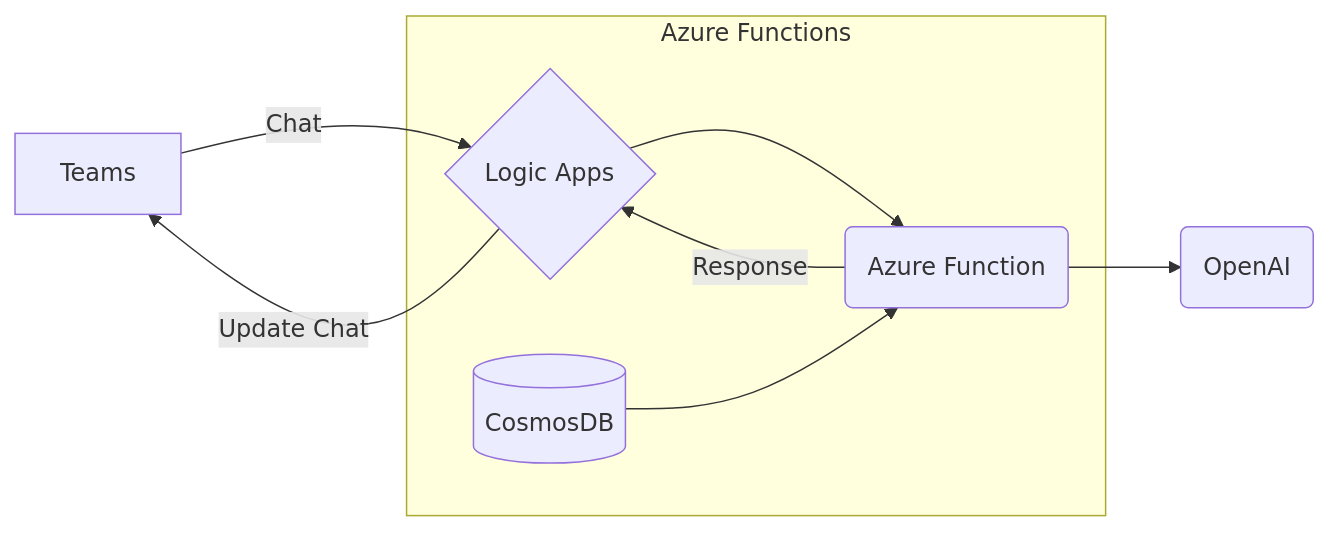
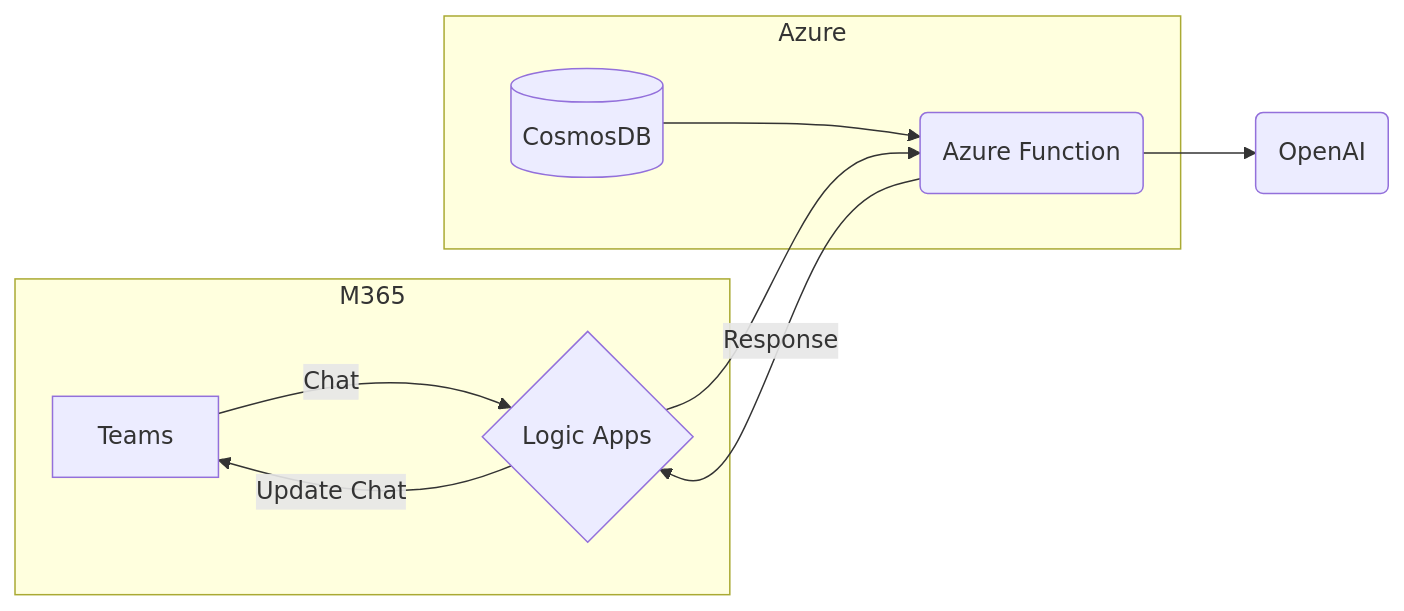
The first of 3 diagrams in README.md (nagendramishr/mini-rag-quickstart), drawn with Mermaid before and after one commit.

````diff
--- a/README.md
+++ b/README.md
@@ -27,11 +27,13 @@
 ```mermaid
 graph LR
+subgraph M365
 A[Teams] -- Chat --> B{Logic Apps}
-subgraph Azure Functions
+end
+subgraph Azure
 B --> C(Azure Function)
 D[(CosmosDB)] --> C
 end
 C --> E(OpenAI)
 C -- Response --> B
 B -- Update Chat --> A 
 ```
````
